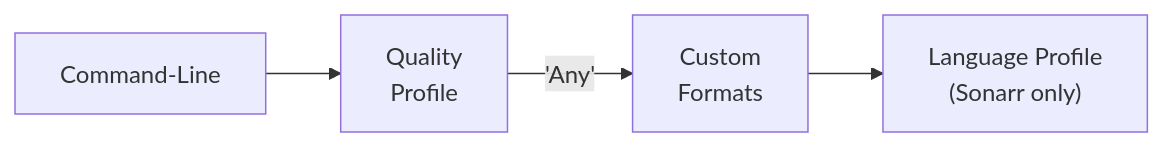
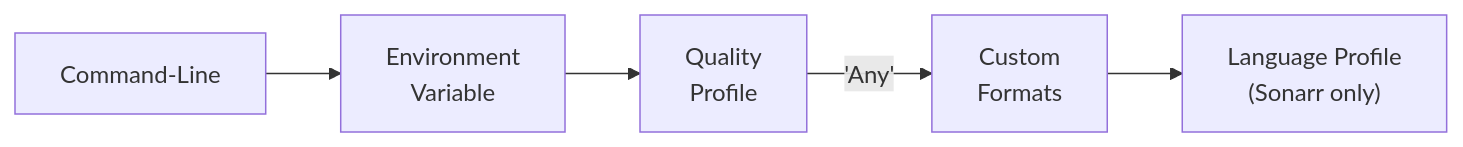
Before and after one commit to linuxserver/docker-mods: the diagram in README.md, drawn with Mermaid. The commit also changed other lines of this file and 13 other files, not shown here.

````diff
--- a/README.md
+++ b/README.md
@@ -167,13 +179,16 @@
 ```mermaid
 graph LR
   A[Command-Line]
-  B["Quality
+  B["Environment
+  Variable"]
+  C["Quality
   Profile"] 
-  C["Custom
+  D["Custom
   Formats"]
-  D["Language Profile
+  E["Language Profile
   (Sonarr only)"]
   A-->B
-  B-- 'Any' -->C
-  C-->D
+  B-->C
+  C-- 'Any' -->D
+  D-->E
 ```
````
